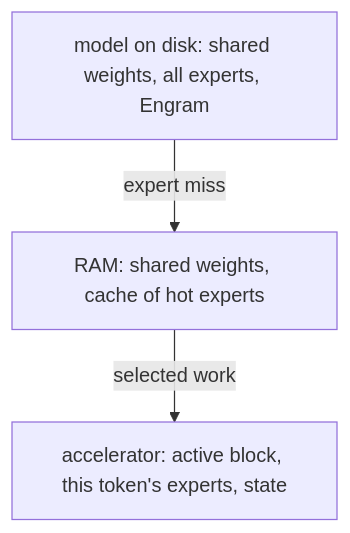
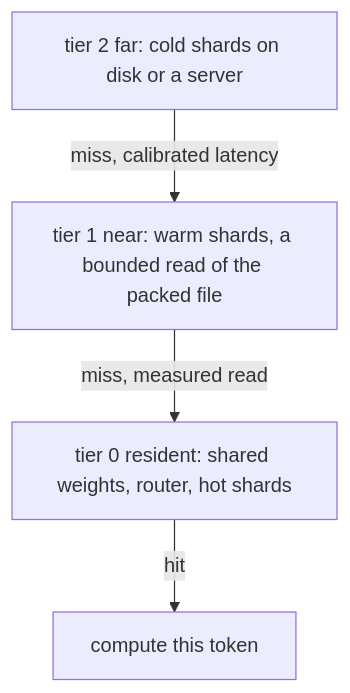
Before and after one commit to sw-ml-study/moe-microscope: the diagram in docs/concepts/expert-cache.md, drawn with Mermaid. The commit also changed other lines of this file and 10 other files, not shown here.

````diff
--- a/docs/concepts/expert-cache.md
+++ b/docs/concepts/expert-cache.md
@@ -11,5 +14,6 @@
 ```mermaid
 flowchart TB
-  disk[model on disk: shared weights, all experts, Engram] -->|expert miss| ram[RAM: shared weights, cache of hot experts]
-  ram -->|selected work| acc[accelerator: active block, this token's experts, state]
+  far[tier 2 far: cold shards on disk or a server] -->|miss, calibrated latency| near
+  near[tier 1 near: warm shards, a bounded read of the packed file] -->|miss, measured read| resident
+  resident[tier 0 resident: shared weights, router, hot shards] -->|hit| compute[compute this token]
 ```
````
